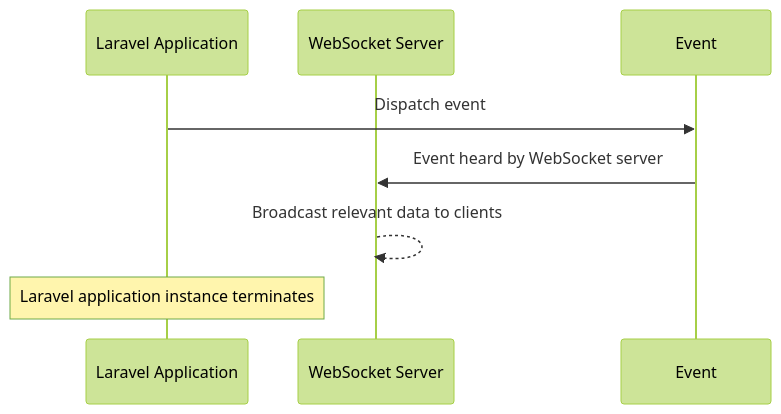
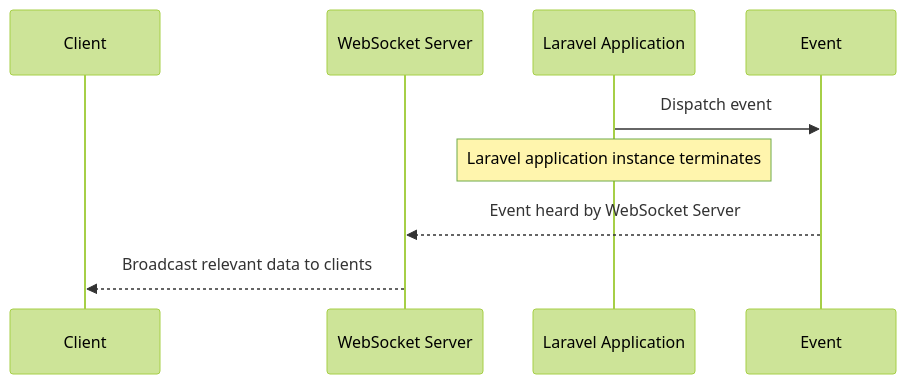
The fifth of 7 diagrams in part_2_fundamentals_of_web_apps/chapter_6_real_time_protocols/1_websocket_server.md (bytejutsu/report), drawn with Mermaid (forest theme) before and after one commit. The commit also changed other lines of this file, not shown here.

Commit message:
improve diagrams in websocket server

````diff
--- a/part_2_fundamentals_of_web_apps/chapter_6_real_time_protocols/1_websocket_server.md
+++ b/part_2_fundamentals_of_web_apps/chapter_6_real_time_protocols/1_websocket_server.md
@@ -65,10 +71,11 @@
 ```mermaid
 sequenceDiagram
+  participant C as Client
+  participant WS as WebSocket Server
   participant L as Laravel Application
-  participant WS as WebSocket Server
   participant E as Event
   L->>E: Dispatch event
-  E->>WS: Event heard by WebSocket server
-  WS-->>WS: Broadcast relevant data to clients
   Note over L: Laravel application instance terminates
+  E-->>WS: Event heard by WebSocket Server
+  WS-->>C: Broadcast relevant data to clients
 ```
````
